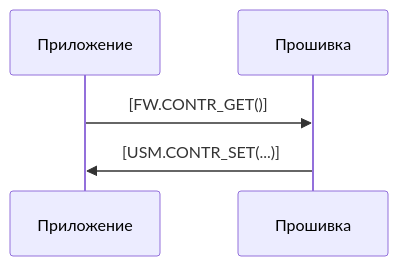
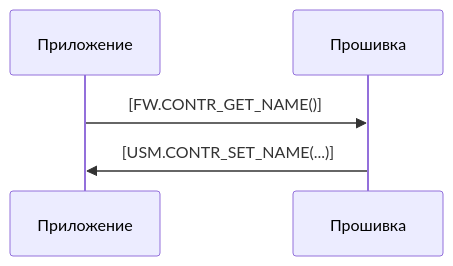
Before and after one commit to KhudyakovAlex/Synapse: the first of 2 diagrams in PDS/SynapsePDS_FW_Logic.md, drawn with Mermaid. The commit also changed other lines of this file and 7 other files, not shown here.

Commit message:
Добавлены телеграммы CONTR_GET в USML

````diff
--- a/PDS/SynapsePDS_FW_Logic.md
+++ b/PDS/SynapsePDS_FW_Logic.md
@@ -67,8 +67,8 @@
 ```mermaid
 sequenceDiagram
     participant Приложение
     participant Прошивка
 
-    Приложение->>Прошивка:[FW.CONTR_GET()]
-    Прошивка->>Приложение:[USM.CONTR_SET(...)]
+    Приложение->>Прошивка:[FW.CONTR_GET_NAME()]
+    Прошивка->>Приложение:[USM.CONTR_SET_NAME(...)]
 ```
````
